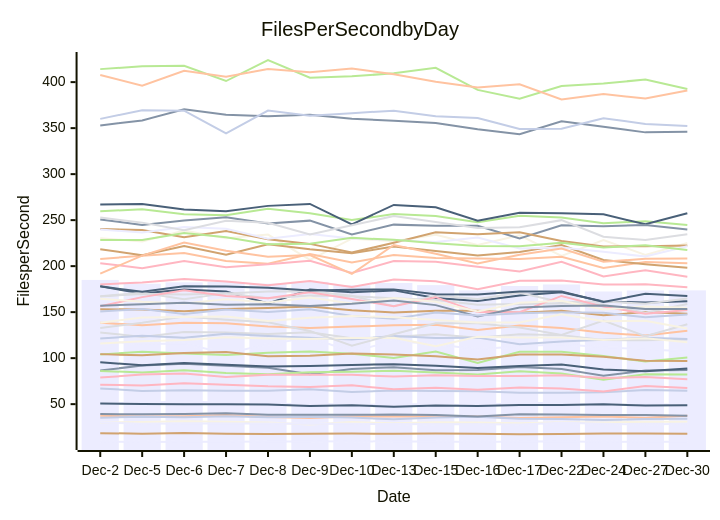
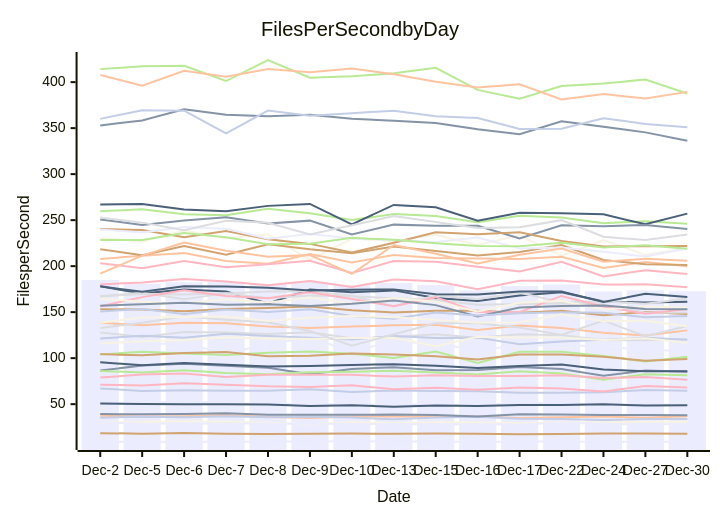
Before and after one commit to streetsidesoftware/cspell: the diagram in perf-report.md, drawn with Mermaid. The commit also changed other lines of this file and 1 other file, not shown here.

````diff
--- a/perf-report.md
+++ b/perf-report.md
@@ -10,57 +10,57 @@
 ```mermaid
 xychart-beta
     title Files Per Second by Day
     y-axis Files per Second
     x-axis Date [Dec-2, Dec-5, Dec-6, Dec-7, Dec-8, Dec-9, Dec-10, Dec-13, Dec-15, Dec-16, Dec-17, Dec-22, Dec-24, Dec-27, Dec-30]
-    bar [184.99, 180.86, 182.42, 182.83, 180.95, 182.95, 179.19, 181.65, 179.36, 173.64, 178.43, 180.09, 172.48, 173.54, 173.63]
-    line [86.62, 91.97, 93.82, 91.60, 89.44, 82.46, 88.30, 90.18, 86.83, 87.07, 90.37, 88.26, 80.81, 86.47, 87.23]
-    line [138.47, 135.71, 138.36, 137.92, 134.36, 132.66, 134.27, 135.78, 136.38, 130.55, 135.39, 132.89, 127.54, 124.61, 129.68]
-    line [127.96, 123.07, 128.36, 127.97, 126.37, 128.11, 121.50, 122.96, 125.85, 122.14, 126.07, 124.95, 119.60, 119.43, 120.40]
-    line [414.13, 417.32, 417.87, 401.19, 424.05, 404.78, 406.35, 409.54, 415.50, 391.53, 381.89, 395.71, 398.52, 402.79, 392.57]
-    line [153.23, 152.74, 150.88, 153.33, 154.58, 156.25, 152.15, 149.54, 151.43, 151.38, 149.35, 151.56, 146.50, 150.10, 148.27]
-    line [67.10, 64.34, 65.01, 64.46, 64.51, 66.15, 63.18, 64.91, 64.35, 64.10, 62.51, 62.39, 63.01, 65.26, 64.44]
-    line [180.13, 182.27, 185.97, 183.39, 179.18, 183.86, 177.29, 185.44, 183.45, 174.84, 184.02, 184.52, 180.06, 180.25, 177.06]
-    line [178.00, 170.24, 174.62, 172.41, 159.51, 174.62, 171.51, 173.65, 165.49, 162.20, 168.07, 171.52, 161.55, 160.38, 161.97]
-    line [230.37, 226.75, 238.77, 230.39, 234.25, 206.87, 229.87, 227.19, 234.07, 222.96, 233.49, 211.10, 228.39, 212.27, 225.18]
-    line [118.51, 115.50, 115.87, 105.20, 115.20, 122.48, 107.06, 118.54, 115.18, 109.59, 113.00, 115.03, 111.88, 109.68, 107.18]
-    line [352.91, 358.41, 370.56, 364.48, 362.78, 364.44, 360.18, 358.05, 355.49, 348.84, 343.31, 357.38, 351.53, 345.39, 346.02]
-    line [207.87, 211.25, 214.29, 205.55, 202.50, 213.14, 203.97, 212.22, 208.88, 208.37, 207.77, 210.28, 198.12, 204.40, 203.08]
-    line [167.24, 171.12, 163.98, 170.66, 165.03, 168.12, 167.40, 165.15, 163.12, 158.04, 158.90, 159.56, 158.26, 149.38, 158.83]
-    line [259.59, 261.91, 256.38, 255.24, 262.31, 257.60, 250.13, 256.58, 254.55, 247.67, 254.88, 252.93, 246.70, 248.73, 244.67]
-    line [218.24, 211.89, 221.99, 212.41, 223.76, 218.34, 214.11, 221.23, 216.34, 211.66, 215.40, 222.98, 206.68, 202.06, 198.30]
-    line [121.44, 124.27, 122.27, 126.51, 124.16, 122.14, 120.17, 124.20, 121.82, 122.30, 114.99, 117.98, 119.98, 122.26, 120.84]
-    line [203.16, 197.69, 205.56, 198.75, 201.98, 205.78, 192.58, 205.45, 204.82, 199.34, 194.10, 204.78, 188.75, 195.62, 188.49]
-    line [267.12, 267.54, 261.60, 259.75, 265.50, 267.60, 245.47, 266.55, 263.96, 249.42, 258.13, 257.62, 256.30, 245.45, 257.58]
-    line [115.88, 118.39, 119.81, 122.77, 121.45, 120.76, 121.79, 122.20, 112.97, 123.23, 122.39, 122.57, 119.82, 121.66, 117.29]
-    line [51.36, 50.85, 53.51, 50.97, 49.51, 50.73, 49.15, 49.54, 50.29, 48.39, 51.90, 50.84, 48.41, 49.94, 49.24]
-    line [250.75, 244.77, 249.57, 253.00, 246.33, 249.46, 234.43, 245.12, 243.88, 243.97, 230.01, 244.43, 243.32, 244.74, 239.81]
-    line [407.78, 396.11, 412.42, 405.98, 414.20, 410.80, 414.80, 408.65, 400.36, 394.11, 397.72, 381.16, 387.10, 382.18, 390.86]
-    line [167.09, 169.78, 169.21, 170.29, 172.44, 172.82, 167.78, 156.48, 168.20, 164.35, 171.17, 160.66, 161.47, 159.18, 164.82]
-    line [104.02, 106.94, 104.99, 103.46, 105.91, 107.21, 104.66, 100.11, 107.13, 94.87, 107.05, 106.83, 102.33, 96.35, 100.63]
-    line [240.36, 239.27, 231.52, 238.08, 229.24, 224.19, 214.79, 225.36, 236.86, 234.70, 236.77, 227.25, 221.39, 221.64, 222.46]
-    line [360.08, 369.35, 368.90, 344.39, 369.08, 363.46, 366.29, 369.00, 363.03, 361.09, 348.96, 349.43, 360.81, 354.60, 352.24]
-    line [156.42, 166.33, 173.70, 167.47, 165.08, 171.54, 164.38, 156.51, 166.27, 150.03, 149.99, 167.61, 155.99, 148.15, 152.31]
-    line [178.10, 172.07, 178.26, 177.85, 176.41, 173.41, 174.24, 174.74, 169.36, 169.15, 172.44, 172.46, 160.97, 170.04, 167.63]
-    line [164.60, 161.29, 159.50, 164.08, 160.40, 166.00, 159.37, 165.42, 161.29, 150.68, 160.30, 162.32, 152.82, 156.10, 154.65]
-    line [9.38, 8.86, 9.19, 9.24, 9.33, 9.47, 9.61, 9.47, 9.27, 8.94, 9.45, 9.78, 8.90, 9.07, 9.09]
-    line [157.03, 158.70, 160.32, 157.97, 158.53, 156.72, 159.18, 162.67, 157.64, 145.39, 155.01, 156.77, 157.19, 153.46, 153.55]
-    line [37.28, 36.55, 36.94, 38.11, 36.16, 34.90, 36.59, 36.61, 36.51, 36.62, 35.07, 35.79, 36.55, 35.09, 37.36]
-    line [132.83, 138.36, 145.16, 141.72, 138.92, 129.58, 113.42, 125.88, 138.00, 137.98, 133.31, 125.20, 140.89, 123.76, 136.85]
-    line [86.10, 84.45, 86.85, 83.80, 82.54, 84.79, 85.17, 86.33, 84.51, 82.32, 85.67, 83.25, 76.44, 82.43, 82.14]
-    line [18.48, 17.91, 18.52, 17.91, 17.46, 17.89, 18.13, 17.78, 18.13, 17.93, 17.37, 17.53, 18.08, 17.97, 17.89]
-    line [35.10, 36.40, 35.75, 36.91, 35.78, 36.33, 35.41, 33.56, 35.56, 36.21, 34.19, 33.89, 32.69, 33.95, 34.04]
-    line [78.88, 82.13, 83.39, 79.45, 81.95, 82.06, 81.96, 79.96, 81.37, 80.53, 80.51, 81.49, 78.49, 79.44, 76.94]
-    line [95.50, 92.21, 94.67, 92.84, 90.85, 91.43, 92.60, 93.37, 91.85, 89.18, 91.59, 93.06, 87.76, 85.72, 88.65]
-    line [29.90, 30.63, 31.36, 30.89, 30.17, 27.90, 30.55, 29.22, 30.21, 30.10, 29.27, 30.24, 30.04, 30.99, 30.87]
-    line [239.72, 236.67, 242.41, 240.69, 229.87, 234.86, 230.17, 228.31, 226.27, 231.21, 219.13, 220.31, 215.56, 210.39, 221.64]
-    line [39.21, 38.95, 39.16, 39.98, 38.54, 38.36, 38.36, 38.81, 38.12, 36.63, 38.97, 38.70, 38.32, 38.26, 37.49]
-    line [191.91, 211.40, 225.62, 216.82, 210.15, 212.06, 191.55, 223.01, 213.39, 202.82, 212.32, 219.19, 204.86, 207.97, 208.18]
-    line [252.89, 247.30, 238.91, 249.28, 247.23, 234.36, 244.44, 254.37, 247.88, 241.35, 242.19, 249.98, 231.90, 228.38, 234.63]
-    line [228.40, 228.42, 235.98, 231.28, 223.81, 224.38, 230.73, 228.56, 225.00, 222.02, 221.71, 225.51, 220.33, 222.69, 217.42]
-    line [104.37, 103.06, 105.64, 106.80, 101.95, 102.69, 105.10, 103.83, 102.19, 98.64, 104.01, 104.04, 101.53, 97.16, 96.92]
-    line [150.61, 153.46, 148.08, 152.95, 150.14, 153.13, 145.78, 142.78, 149.53, 146.32, 148.93, 149.89, 149.32, 144.39, 147.36]
-    line [71.07, 70.27, 72.65, 71.06, 69.32, 68.69, 70.43, 66.11, 67.91, 65.71, 68.06, 67.11, 63.78, 69.83, 67.65]
-    line [50.75, 50.03, 49.80, 49.98, 49.59, 47.97, 48.84, 47.30, 48.59, 47.94, 49.07, 48.96, 49.98, 48.46, 48.89]
-    line [138.40, 144.20, 144.71, 145.14, 140.38, 143.82, 145.78, 144.45, 141.51, 138.80, 138.75, 147.65, 140.01, 140.67, 132.12]
-    line [30.07, 28.83, 29.04, 29.09, 29.10, 28.75, 28.65, 28.35, 28.26, 28.09, 27.81, 29.86, 28.77, 27.94, 28.62]
+    bar [184.99, 180.86, 182.42, 182.83, 180.95, 182.95, 179.19, 181.65, 179.36, 173.64, 178.43, 180.09, 172.48, 173.54, 172.79]
+    line [86.62, 91.97, 93.82, 91.60, 89.44, 82.46, 88.30, 90.18, 86.83, 87.07, 90.37, 88.26, 80.81, 86.47, 85.34]
+    line [138.47, 135.71, 138.36, 137.92, 134.36, 132.66, 134.27, 135.78, 136.38, 130.55, 135.39, 132.89, 127.54, 124.61, 130.19]
+    line [127.96, 123.07, 128.36, 127.97, 126.37, 128.11, 121.50, 122.96, 125.85, 122.14, 126.07, 124.95, 119.60, 119.43, 120.64]
+    line [414.13, 417.32, 417.87, 401.19, 424.05, 404.78, 406.35, 409.54, 415.50, 391.53, 381.89, 395.71, 398.52, 402.79, 387.60]
+    line [153.23, 152.74, 150.88, 153.33, 154.58, 156.25, 152.15, 149.54, 151.43, 151.38, 149.35, 151.56, 146.50, 150.10, 148.04]
+    line [67.10, 64.34, 65.01, 64.46, 64.51, 66.15, 63.18, 64.91, 64.35, 64.10, 62.51, 62.39, 63.01, 65.26, 64.66]
+    line [180.13, 182.27, 185.97, 183.39, 179.18, 183.86, 177.29, 185.44, 183.45, 174.84, 184.02, 184.52, 180.06, 180.25, 176.99]
+    line [178.00, 170.24, 174.62, 172.41, 159.51, 174.62, 171.51, 173.65, 165.49, 162.20, 168.07, 171.52, 161.55, 160.38, 161.25]
+    line [230.37, 226.75, 238.77, 230.39, 234.25, 206.87, 229.87, 227.19, 234.07, 222.96, 233.49, 211.10, 228.39, 212.27, 219.38]
+    line [118.51, 115.50, 115.87, 105.20, 115.20, 122.48, 107.06, 118.54, 115.18, 109.59, 113.00, 115.03, 111.88, 109.68, 107.07]
+    line [352.91, 358.41, 370.56, 364.48, 362.78, 364.44, 360.18, 358.05, 355.49, 348.84, 343.31, 357.38, 351.53, 345.39, 336.17]
+    line [207.87, 211.25, 214.29, 205.55, 202.50, 213.14, 203.97, 212.22, 208.88, 208.37, 207.77, 210.28, 198.12, 204.40, 199.78]
+    line [167.24, 171.12, 163.98, 170.66, 165.03, 168.12, 167.40, 165.15, 163.12, 158.04, 158.90, 159.56, 158.26, 149.38, 149.63]
+    line [259.59, 261.91, 256.38, 255.24, 262.31, 257.60, 250.13, 256.58, 254.55, 247.67, 254.88, 252.93, 246.70, 248.73, 245.95]
+    line [218.24, 211.89, 221.99, 212.41, 223.76, 218.34, 214.11, 221.23, 216.34, 211.66, 215.40, 222.98, 206.68, 202.06, 201.20]
+    line [121.44, 124.27, 122.27, 126.51, 124.16, 122.14, 120.17, 124.20, 121.82, 122.30, 114.99, 117.98, 119.98, 122.26, 120.11]
+    line [203.16, 197.69, 205.56, 198.75, 201.98, 205.78, 192.58, 205.45, 204.82, 199.34, 194.10, 204.78, 188.75, 195.62, 191.45]
+    line [267.12, 267.54, 261.60, 259.75, 265.50, 267.60, 245.47, 266.55, 263.96, 249.42, 258.13, 257.62, 256.30, 245.45, 257.10]
+    line [115.88, 118.39, 119.81, 122.77, 121.45, 120.76, 121.79, 122.20, 112.97, 123.23, 122.39, 122.57, 119.82, 121.66, 116.64]
+    line [51.36, 50.85, 53.51, 50.97, 49.51, 50.73, 49.15, 49.54, 50.29, 48.39, 51.90, 50.84, 48.41, 49.94, 48.88]
+    line [250.75, 244.77, 249.57, 253.00, 246.33, 249.46, 234.43, 245.12, 243.88, 243.97, 230.01, 244.43, 243.32, 244.74, 240.28]
+    line [407.78, 396.11, 412.42, 405.98, 414.20, 410.80, 414.80, 408.65, 400.36, 394.11, 397.72, 381.16, 387.10, 382.18, 389.40]
+    line [167.09, 169.78, 169.21, 170.29, 172.44, 172.82, 167.78, 156.48, 168.20, 164.35, 171.17, 160.66, 161.47, 159.18, 164.75]
+    line [104.02, 106.94, 104.99, 103.46, 105.91, 107.21, 104.66, 100.11, 107.13, 94.87, 107.05, 106.83, 102.33, 96.35, 101.39]
+    line [240.36, 239.27, 231.52, 238.08, 229.24, 224.19, 214.79, 225.36, 236.86, 234.70, 236.77, 227.25, 221.39, 221.64, 222.00]
+    line [360.08, 369.35, 368.90, 344.39, 369.08, 363.46, 366.29, 369.00, 363.03, 361.09, 348.96, 349.43, 360.81, 354.60, 350.95]
+    line [156.42, 166.33, 173.70, 167.47, 165.08, 171.54, 164.38, 156.51, 166.27, 150.03, 149.99, 167.61, 155.99, 148.15, 153.37]
+    line [178.10, 172.07, 178.26, 177.85, 176.41, 173.41, 174.24, 174.74, 169.36, 169.15, 172.44, 172.46, 160.97, 170.04, 166.42]
+    line [164.60, 161.29, 159.50, 164.08, 160.40, 166.00, 159.37, 165.42, 161.29, 150.68, 160.30, 162.32, 152.82, 156.10, 154.49]
+    line [9.38, 8.86, 9.19, 9.24, 9.33, 9.47, 9.61, 9.47, 9.27, 8.94, 9.45, 9.78, 8.90, 9.07, 9.12]
+    line [157.03, 158.70, 160.32, 157.97, 158.53, 156.72, 159.18, 162.67, 157.64, 145.39, 155.01, 156.77, 157.19, 153.46, 153.21]
+    line [37.28, 36.55, 36.94, 38.11, 36.16, 34.90, 36.59, 36.61, 36.51, 36.62, 35.07, 35.79, 36.55, 35.09, 36.98]
+    line [132.83, 138.36, 145.16, 141.72, 138.92, 129.58, 113.42, 125.88, 138.00, 137.98, 133.31, 125.20, 140.89, 123.76, 134.99]
+    line [86.10, 84.45, 86.85, 83.80, 82.54, 84.79, 85.17, 86.33, 84.51, 82.32, 85.67, 83.25, 76.44, 82.43, 81.41]
+    line [18.48, 17.91, 18.52, 17.91, 17.46, 17.89, 18.13, 17.78, 18.13, 17.93, 17.37, 17.53, 18.08, 17.97, 17.93]
+    line [35.10, 36.40, 35.75, 36.91, 35.78, 36.33, 35.41, 33.56, 35.56, 36.21, 34.19, 33.89, 32.69, 33.95, 33.78]
+    line [78.88, 82.13, 83.39, 79.45, 81.95, 82.06, 81.96, 79.96, 81.37, 80.53, 80.51, 81.49, 78.49, 79.44, 76.50]
+    line [95.50, 92.21, 94.67, 92.84, 90.85, 91.43, 92.60, 93.37, 91.85, 89.18, 91.59, 93.06, 87.76, 85.72, 85.81]
+    line [29.90, 30.63, 31.36, 30.89, 30.17, 27.90, 30.55, 29.22, 30.21, 30.10, 29.27, 30.24, 30.04, 30.99, 30.88]
+    line [239.72, 236.67, 242.41, 240.69, 229.87, 234.86, 230.17, 228.31, 226.27, 231.21, 219.13, 220.31, 215.56, 210.39, 219.17]
+    line [39.21, 38.95, 39.16, 39.98, 38.54, 38.36, 38.36, 38.81, 38.12, 36.63, 38.97, 38.70, 38.32, 38.26, 37.85]
+    line [191.91, 211.40, 225.62, 216.82, 210.15, 212.06, 191.55, 223.01, 213.39, 202.82, 212.32, 219.19, 204.86, 207.97, 205.76]
+    line [252.89, 247.30, 238.91, 249.28, 247.23, 234.36, 244.44, 254.37, 247.88, 241.35, 242.19, 249.98, 231.90, 228.38, 234.40]
+    line [228.40, 228.42, 235.98, 231.28, 223.81, 224.38, 230.73, 228.56, 225.00, 222.02, 221.71, 225.51, 220.33, 222.69, 218.79]
+    line [104.37, 103.06, 105.64, 106.80, 101.95, 102.69, 105.10, 103.83, 102.19, 98.64, 104.01, 104.04, 101.53, 97.16, 99.08]
+    line [150.61, 153.46, 148.08, 152.95, 150.14, 153.13, 145.78, 142.78, 149.53, 146.32, 148.93, 149.89, 149.32, 144.39, 145.93]
+    line [71.07, 70.27, 72.65, 71.06, 69.32, 68.69, 70.43, 66.11, 67.91, 65.71, 68.06, 67.11, 63.78, 69.83, 68.15]
+    line [50.75, 50.03, 49.80, 49.98, 49.59, 47.97, 48.84, 47.30, 48.59, 47.94, 49.07, 48.96, 49.98, 48.46, 48.82]
+    line [138.40, 144.20, 144.71, 145.14, 140.38, 143.82, 145.78, 144.45, 141.51, 138.80, 138.75, 147.65, 140.01, 140.67, 134.58]
+    line [30.07, 28.83, 29.04, 29.09, 29.10, 28.75, 28.65, 28.35, 28.26, 28.09, 27.81, 29.86, 28.77, 27.94, 28.71]
 ```
````
